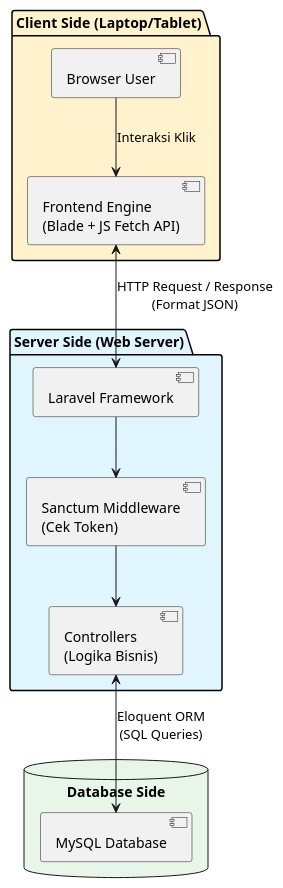
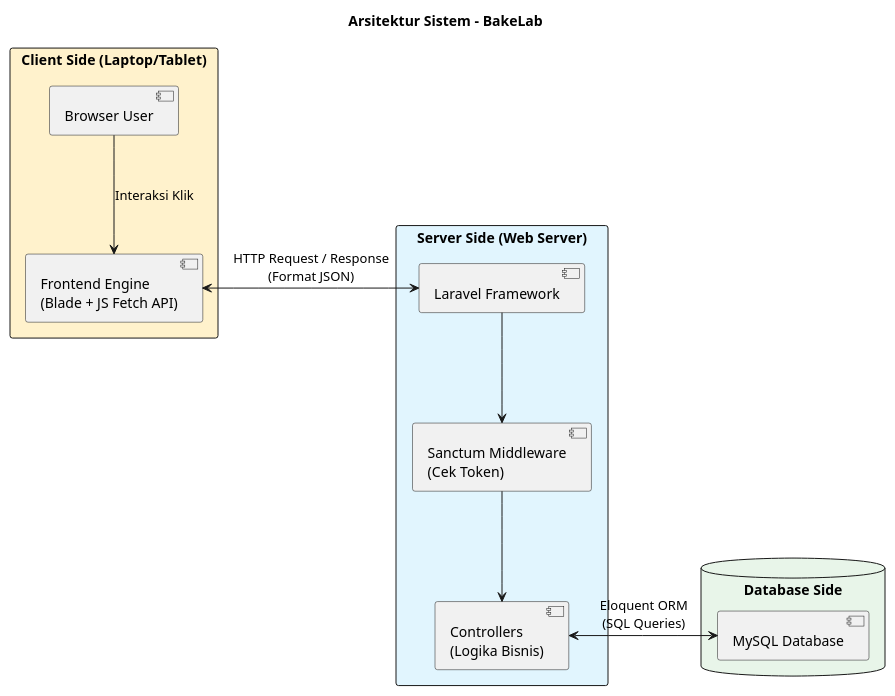
The diagram in DiagramUML/arsitektur.puml (anandajuliar/projectpwf), drawn with PlantUML before and after one commit. The commit also changed 20 other files, not shown here.

Commit message:
Penambahan pelengkap seperti mapping, arsitektur, minor fix preview dan system requirement dan diagram perancangan

```diff
--- a/DiagramUML/arsitektur.puml
+++ b/DiagramUML/arsitektur.puml
@@ -1,26 +1,36 @@
-@startuml
+@startuml Mapping
 skinparam componentStyle uml2
+skinparam packageStyle rectangle
+skinparam shadowing false
+
+skinparam nodesep 60
+skinparam ranksep 100
+
+title Arsitektur Sistem - BakeLab
 
 package "Client Side (Laptop/Tablet)" #FFF2CC {
     [Browser User] as browser
     component "Frontend Engine\n(Blade + JS Fetch API)" as fe
-    browser --> fe : Interaksi Klik
+    
+    ' Komponen dalam kotak disusun menurun ke bawah '
+    browser -down-> fe : Interaksi Klik
 }
 
 package "Server Side (Web Server)" #E1F5FE {
     component "Laravel Framework" as laravel
     component "Sanctum Middleware\n(Cek Token)" as auth
     component "Controllers\n(Logika Bisnis)" as ctrl
     
-    laravel --> auth
-    auth --> ctrl
+    laravel -down-> auth
+    auth -down-> ctrl
 }
 
 database "Database Side" #E8F5E9 {
     [MySQL Database] as db
 }
 
-' JALUR KOMUNIKASI '
-fe <--> laravel : HTTP Request / Response\n(Format JSON)
-ctrl <--> db : Eloquent ORM\n(SQL Queries)
+fe <-right-> laravel : HTTP Request / Response\n(Format JSON)
+
+ctrl <-right-> db : Eloquent ORM\n(SQL Queries)
+
 @enduml
```
